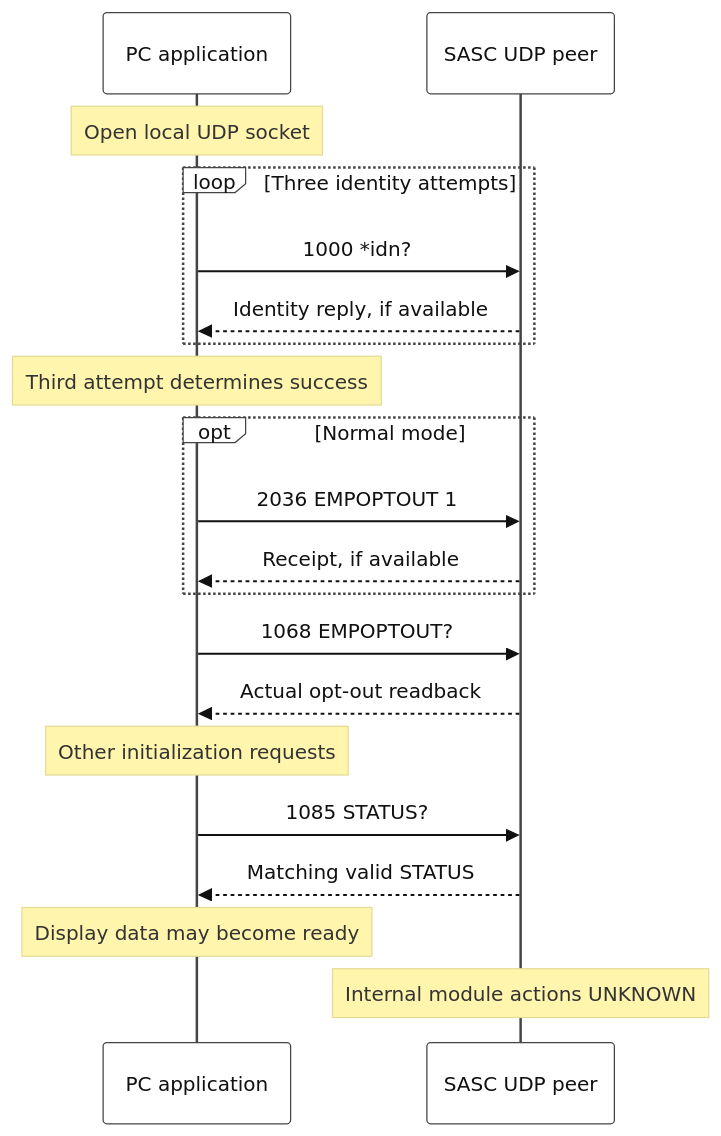
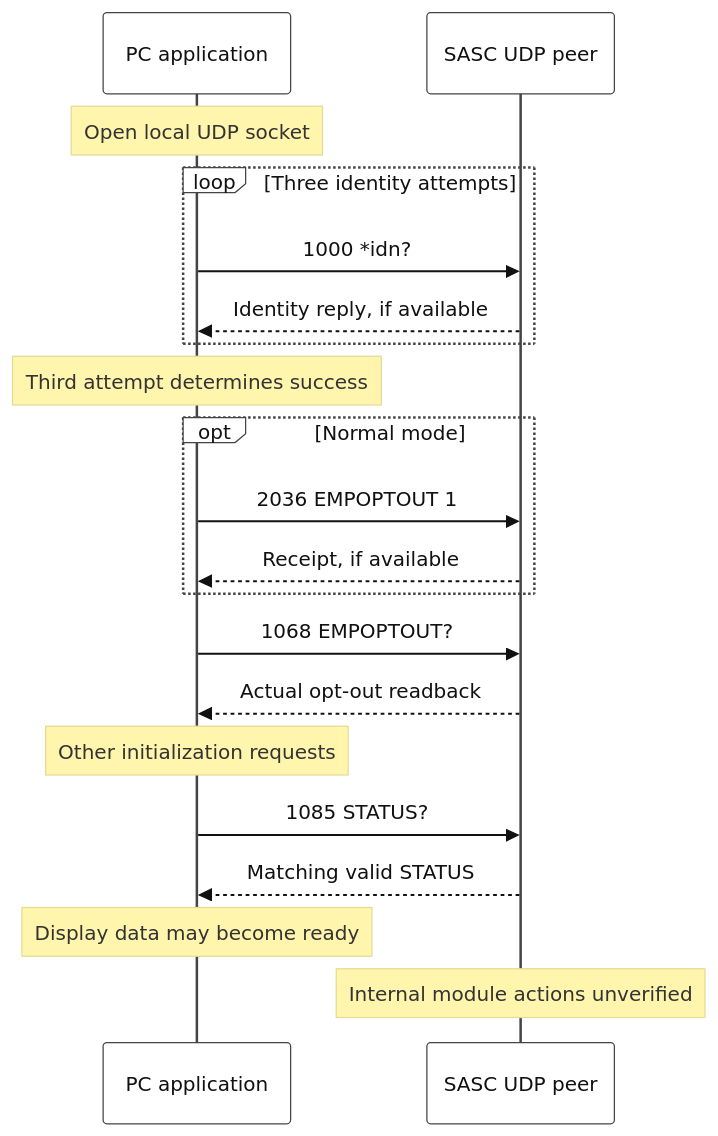
Before and after one commit to El-Carretero/PY_SPF: the first of 3 diagrams in docs/spitfire_control_flow/04_communication_sequence.md, drawn with Mermaid. The commit also changed other lines of this file and 150 other files, not shown here.

Commit message:
docs: simplify control diagrams and publish matching Korean edition

````diff
--- a/docs/spitfire_control_flow/04_communication_sequence.md
+++ b/docs/spitfire_control_flow/04_communication_sequence.md
@@ -27,24 +27,24 @@
 ```mermaid
 %% caption: Figure 4A. A — Open, initialize, request status
 %%{init: {'theme':'base','themeVariables':{'fontSize':'18px','primaryColor':'#ffffff','primaryTextColor':'#111111','primaryBorderColor':'#444444','lineColor':'#444444'},'sequence':{'htmlLabels':false,'actorMargin':35,'messageMargin':18}}}%%
 sequenceDiagram
     participant PC as PC application
     participant S as SASC UDP peer
     Note over PC: Open local UDP socket
     loop Three identity attempts
         PC->>S: 1000 *idn?
         S-->>PC: Identity reply, if available
     end
     Note over PC: Third attempt determines success
     opt Normal mode
         PC->>S: 2036 EMPOPTOUT 1
         S-->>PC: Receipt, if available
     end
     PC->>S: 1068 EMPOPTOUT?
     S-->>PC: Actual opt-out readback
     Note over PC: Other initialization requests
     PC->>S: 1085 STATUS?
     S-->>PC: Matching valid STATUS
     Note over PC: Display data may become ready
-    Note over S: Internal module actions UNKNOWN
+    Note over S: Internal module actions unverified
 ```
````
